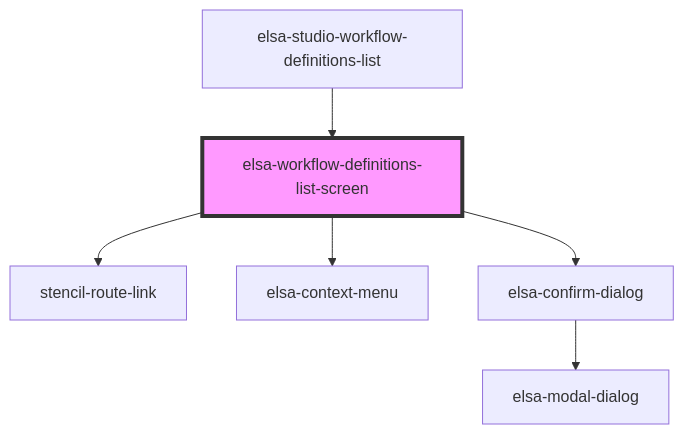
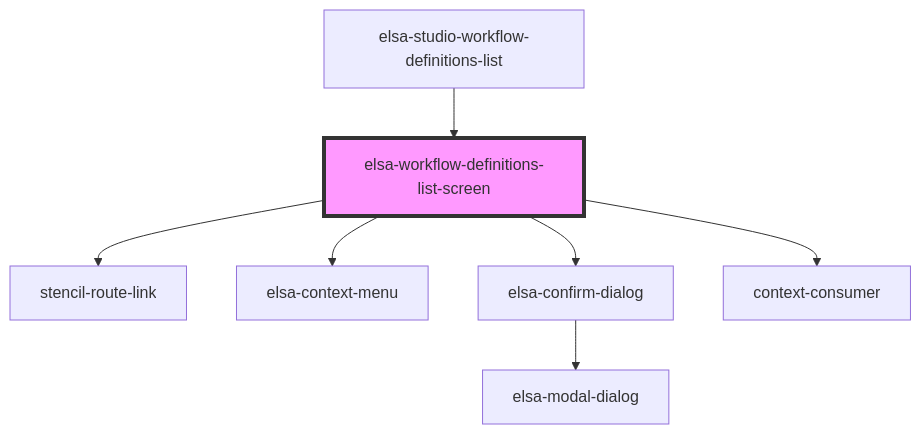
Before and after one commit to elsa-workflows/elsa-core: the diagram in src/designer/elsa-workflows-studio/src/components/screens/workflow-definition-list/elsa-workflow-definitions-screen/readme.md, drawn with Mermaid. The commit also changed other lines of this file and 22 other files, not shown here.

````diff
--- a/src/designer/elsa-workflows-studio/src/components/screens/workflow-definition-list/elsa-workflow-definitions-screen/readme.md
+++ b/src/designer/elsa-workflows-studio/src/components/screens/workflow-definition-list/elsa-workflow-definitions-screen/readme.md
@@ -30,9 +31,10 @@
 ```mermaid
 graph TD;
   elsa-workflow-definitions-list-screen --> stencil-route-link
   elsa-workflow-definitions-list-screen --> elsa-context-menu
   elsa-workflow-definitions-list-screen --> elsa-confirm-dialog
+  elsa-workflow-definitions-list-screen --> context-consumer
   elsa-confirm-dialog --> elsa-modal-dialog
   elsa-studio-workflow-definitions-list --> elsa-workflow-definitions-list-screen
   style elsa-workflow-definitions-list-screen fill:#f9f,stroke:#333,stroke-width:4px
 ```
````
